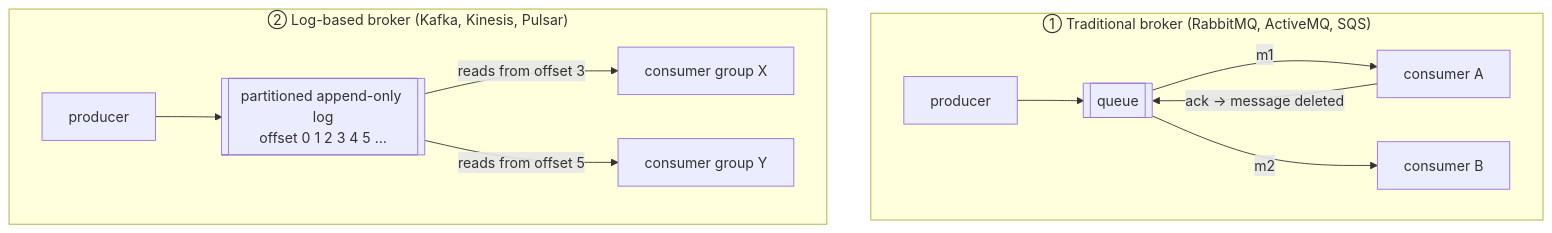
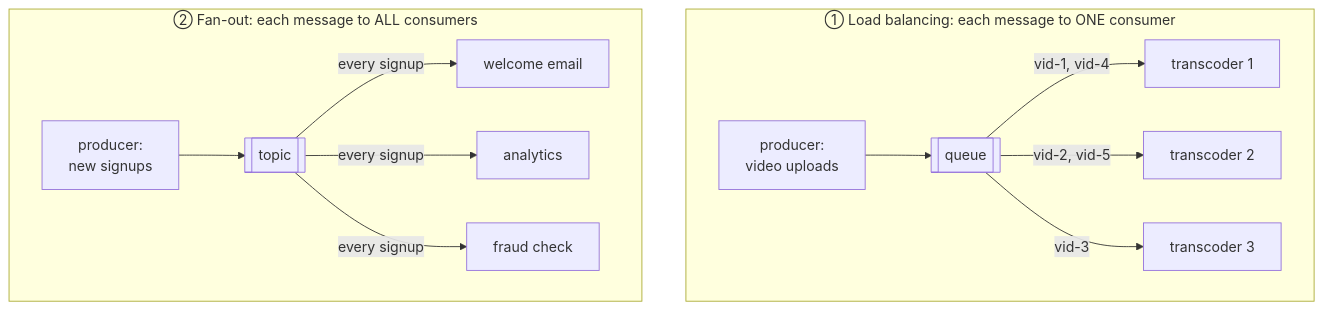
The third of 29 diagrams in docs/chapters/part-3/11-stream-processing.mdx (pratikguru998/ddia-book), drawn with Mermaid before and after one commit. The commit also changed other lines of this file and 13 other files, not shown here.

Commit message:
Expand all 12 chapters: every book subsection, deeper notes, ~320 diagrams

````diff
--- a/docs/chapters/part-3/11-stream-processing.mdx
+++ b/docs/chapters/part-3/11-stream-processing.mdx
@@ -27,16 +157,17 @@
 ```mermaid
 flowchart TB
-  subgraph AMQP["① Traditional broker (RabbitMQ, ActiveMQ, SQS)"]
+  subgraph LB["① Load balancing: each message to ONE consumer"]
     direction LR
-    P1["producer"] --> Q[["queue"]]
-    Q -->|"m1"| C1["consumer A"]
-    Q -->|"m2"| C2["consumer B"]
-    C1 -->|"ack → message deleted"| Q
+    P1["producer:<br/>video uploads"] --> Q1[["queue"]]
+    Q1 -->|"vid-1, vid-4"| W1["transcoder 1"]
+    Q1 -->|"vid-2, vid-5"| W2["transcoder 2"]
+    Q1 -->|"vid-3"| W3["transcoder 3"]
   end
-  subgraph LOG["② Log-based broker (Kafka, Kinesis, Pulsar)"]
+  subgraph FO["② Fan-out: each message to ALL consumers"]
     direction LR
-    P2["producer"] --> L[["partitioned append-only log<br/>offset 0 1 2 3 4 5 …"]]
-    L -->|"reads from offset 3"| D1["consumer group X"]
-    L -->|"reads from offset 5"| D2["consumer group Y"]
+    P2["producer:<br/>new signups"] --> T2[["topic"]]
+    T2 -->|"every signup"| A1["welcome email"]
+    T2 -->|"every signup"| A2["analytics"]
+    T2 -->|"every signup"| A3["fraud check"]
   end
 ```
````
